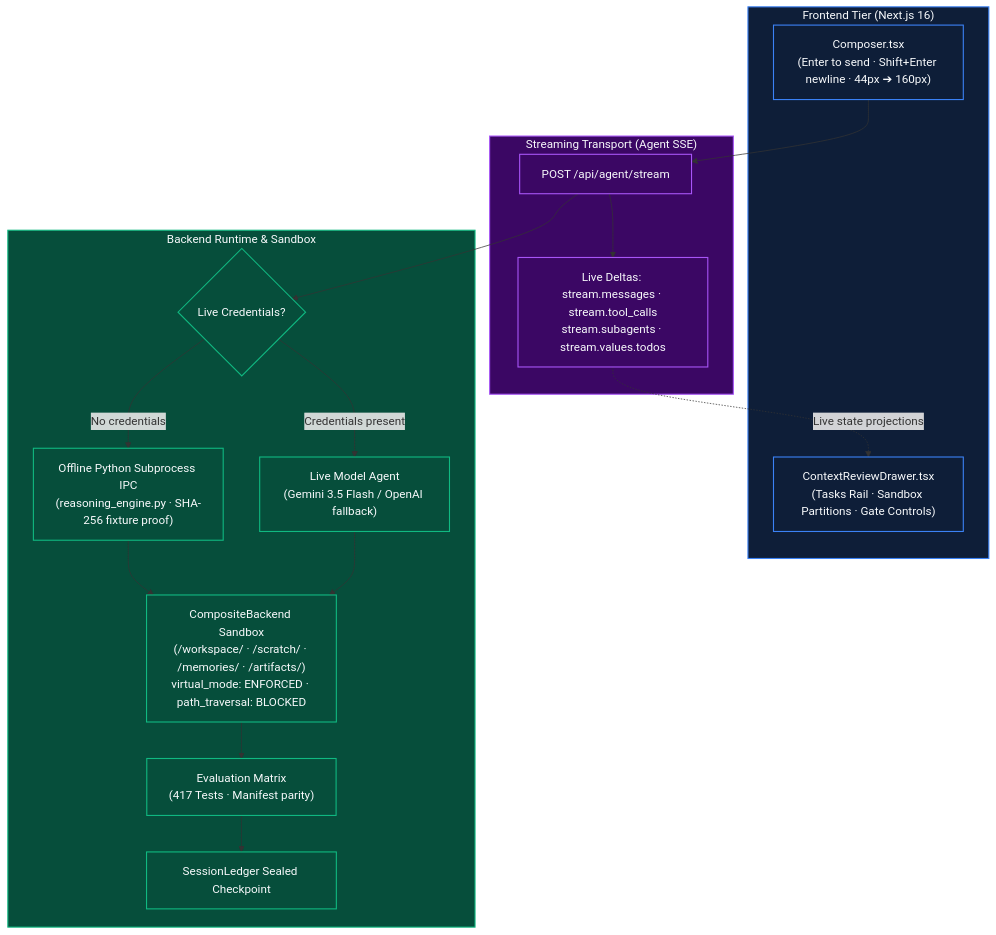
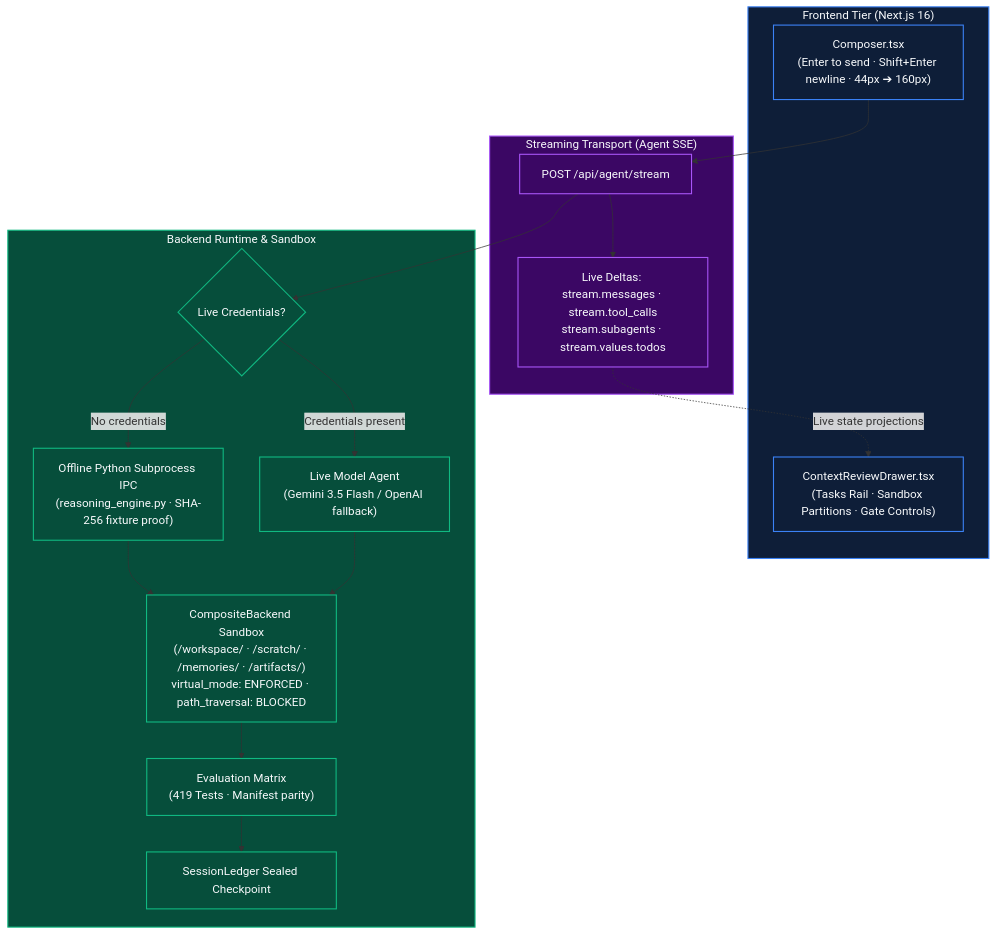
One commit to itz1508/oneshot_e2e changed the fourth of 4 diagrams in DIAGRAM.md. Above: the diagram before and after it, drawn with Mermaid. The commit also changed other lines of this file and 5 other files, not shown here.

````diff
--- a/DIAGRAM.md
+++ b/DIAGRAM.md
@@ -159,42 +159,42 @@
 ```mermaid
 flowchart TD
     subgraph UI_TIER["Frontend Tier (Next.js 16)"]
         COMP["Composer.tsx\n(Enter to send · Shift+Enter newline · 44px ➔ 160px)"]
         DRAWER["ContextReviewDrawer.tsx\n(Tasks Rail · Sandbox Partitions · Gate Controls)"]
     end
 
     subgraph SSE_TIER["Streaming Transport (Agent SSE)"]
         POST_REQ["POST /api/agent/stream"]
         SSE_DELTAS["Live Deltas: stream.messages · stream.tool_calls\nstream.subagents · stream.values.todos"]
     end
 
     subgraph BACKEND_TIER["Backend Runtime & Sandbox"]
         AUTH_ROUTER{"Live Credentials?"}
         PY_SUB["Offline Python Subprocess IPC\n(reasoning_engine.py · SHA-256 fixture proof)"]
         STRANDS_AGENT["Live Model Agent\n(Gemini 3.5 Flash / OpenAI fallback)"]
         SANDBOX["CompositeBackend Sandbox\n(/workspace/ · /scratch/ · /memories/ · /artifacts/)\nvirtual_mode: ENFORCED · path_traversal: BLOCKED"]
-        TESTS["Evaluation Matrix\n(417 Tests · Manifest parity)"]
+        TESTS["Evaluation Matrix\n(419 Tests · Manifest parity)"]
         LEDGER["SessionLedger Sealed Checkpoint"]
     end
 
     COMP --> POST_REQ
     POST_REQ --> SSE_DELTAS
     SSE_DELTAS -.->|"Live state projections"| DRAWER
 
     POST_REQ --> AUTH_ROUTER
     AUTH_ROUTER -->|"No credentials"| PY_SUB
     AUTH_ROUTER -->|"Credentials present"| STRANDS_AGENT
 
     PY_SUB --> SANDBOX
     STRANDS_AGENT --> SANDBOX
     SANDBOX --> TESTS
     TESTS --> LEDGER
 
     classDef blue fill:#0e1e38,stroke:#3b82f6,stroke-width:1.5px,color:#f8fafc;
     classDef purple fill:#3b0764,stroke:#a855f7,stroke-width:1.5px,color:#f8fafc;
     classDef green fill:#064e3b,stroke:#10b981,stroke-width:1.5px,color:#f8fafc;
 
     class UI_TIER,COMP,DRAWER blue;
     class SSE_TIER,POST_REQ,SSE_DELTAS purple;
     class BACKEND_TIER,AUTH_ROUTER,PY_SUB,STRANDS_AGENT,SANDBOX,TESTS,LEDGER green;
 ```
````
